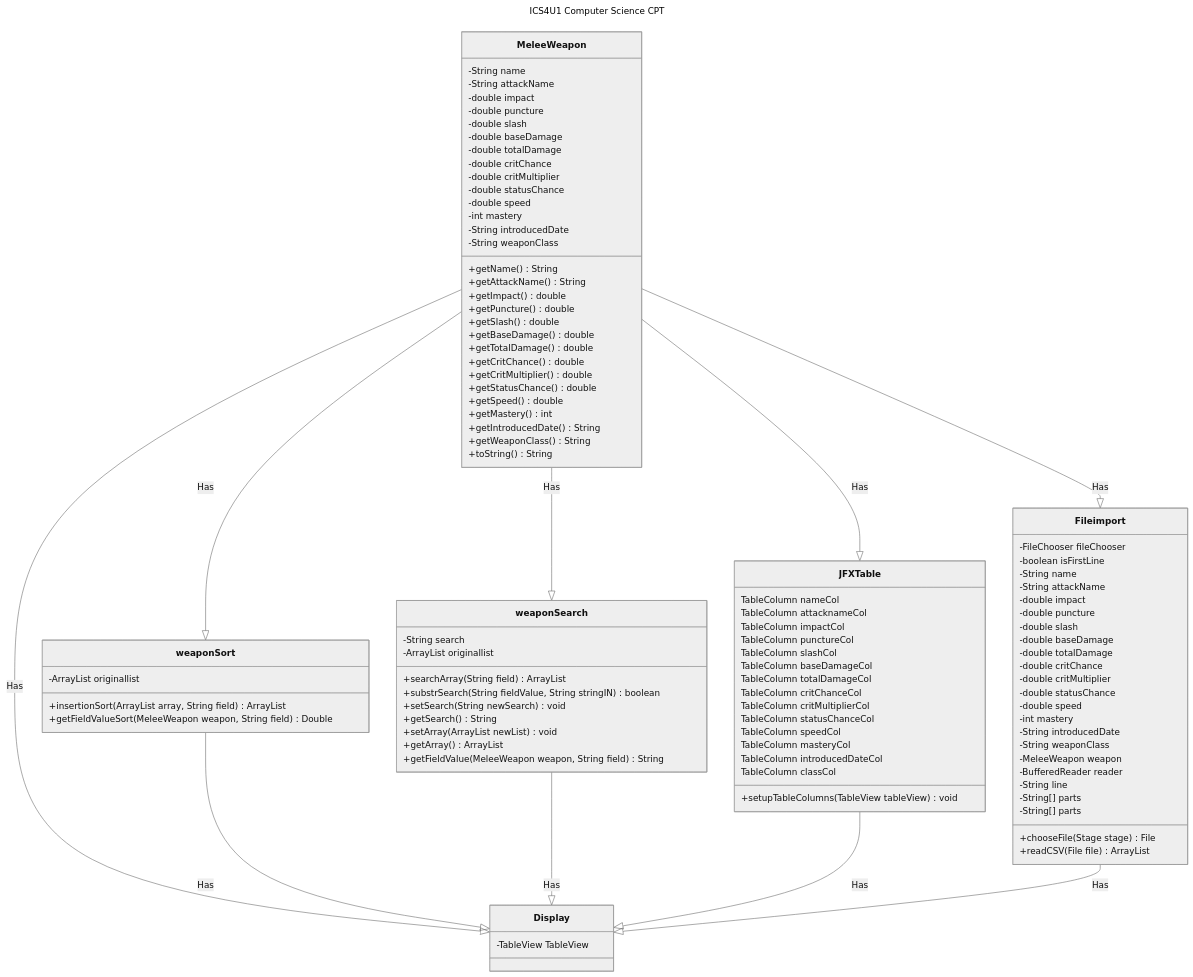
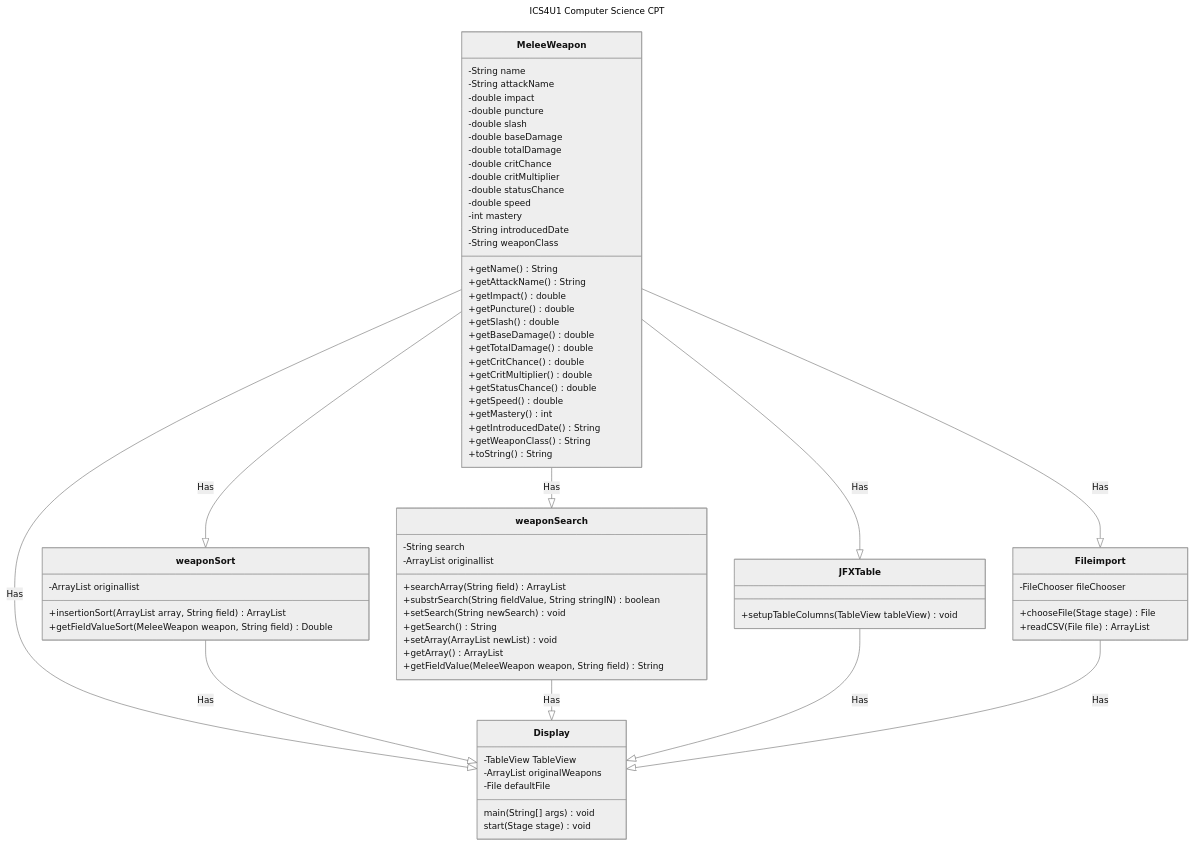
Before and after one commit to Link1400/WarframeJFX: the diagram in ClassDiagram.mmd, drawn with Mermaid (neutral theme). The commit also changed 4 other files, not shown here.

Commit message:
Debug messages disabled, class diagram completed, exported to SVG

```diff
--- a/ClassDiagram.mmd
+++ b/ClassDiagram.mmd
@@ -1,113 +1,82 @@
 ---
 title: ICS4U1 Computer Science CPT
 ---
 classDiagram
 class Display
 Display : -TableView<MeleeWeapon> TableView
+Display : -ArrayList<MeleeWeapon> originalWeapons
+Display : -File defaultFile
+Display : main(String[] args) void
+Display : start(Stage stage) void
 
 class MeleeWeapon
 MeleeWeapon : -String name
 MeleeWeapon : -String attackName
 MeleeWeapon : -double impact
 MeleeWeapon : -double puncture
 MeleeWeapon : -double slash
 MeleeWeapon : -double baseDamage
 MeleeWeapon : -double totalDamage
 MeleeWeapon : -double critChance
 MeleeWeapon : -double critMultiplier
 MeleeWeapon : -double statusChance
 MeleeWeapon : -double speed
 MeleeWeapon : -int mastery
 MeleeWeapon : -String introducedDate
 MeleeWeapon : -String weaponClass
 MeleeWeapon : +getName() String
 MeleeWeapon : +getAttackName() String
 MeleeWeapon : +getImpact() double
 MeleeWeapon : +getPuncture() double
 MeleeWeapon : +getSlash() double
 MeleeWeapon : +getBaseDamage() double
 MeleeWeapon : +getTotalDamage() double
 MeleeWeapon : +getCritChance() double
 MeleeWeapon : +getCritMultiplier() double
 MeleeWeapon : +getStatusChance() double
 MeleeWeapon : +getSpeed() double
 MeleeWeapon : +getMastery() int
 MeleeWeapon : +getIntroducedDate() String
 MeleeWeapon : +getWeaponClass() String
 MeleeWeapon : +toString() String
 
 
 MeleeWeapon --|> Display : Has
 MeleeWeapon --|> weaponSort : Has
 MeleeWeapon --|> weaponSearch: Has
 MeleeWeapon --|> JFXTable : Has
 MeleeWeapon --|> Fileimport : Has
 weaponSort --|> Display : Has
 weaponSearch --|> Display : Has
 JFXTable --|> Display : Has
 Fileimport --|> Display : Has
 
 
 class weaponSort
 weaponSort : -ArrayList<MeleeWeapon> originallist
 weaponSort : +insertionSort(ArrayList<MeleeWeapon> array, String field) ArrayList<MeleeWeapon>
 weaponSort : +getFieldValueSort(MeleeWeapon weapon, String field) Double
  
 
 
 
 class weaponSearch
 weaponSearch : -String search
 weaponSearch : -ArrayList<MeleeWeapon> originallist
 weaponSearch : +searchArray(String field) ArrayList<MeleeWeapon>
 weaponSearch : +substrSearch(String fieldValue, String stringIN) boolean
 weaponSearch : +setSearch(String newSearch) void
 weaponSearch : +getSearch() String
 weaponSearch : +setArray(ArrayList<MeleeWeapon> newList) void
 weaponSearch : +getArray() ArrayList<MeleeWeapon>
 weaponSearch : +getFieldValue(MeleeWeapon weapon, String field) String
 
 
 
 class JFXTable
 JFXTable : +setupTableColumns(TableView<MeleeWeapon> tableView) void
-JFXTable : TableColumn<MeleeWeapon, String> nameCol
-JFXTable : TableColumn<MeleeWeapon, String> attacknameCol
-JFXTable : TableColumn<MeleeWeapon, Double> impactCol
-JFXTable : TableColumn<MeleeWeapon, Double> punctureCol
-JFXTable : TableColumn<MeleeWeapon, Double> slashCol
-JFXTable : TableColumn<MeleeWeapon, Double> baseDamageCol
-JFXTable : TableColumn<MeleeWeapon, Double> totalDamageCol
-JFXTable : TableColumn<MeleeWeapon, Double> critChanceCol
-JFXTable : TableColumn<MeleeWeapon, Double> critMultiplierCol
-JFXTable : TableColumn<MeleeWeapon, Double> statusChanceCol
-JFXTable : TableColumn<MeleeWeapon, Double> speedCol
-JFXTable : TableColumn<MeleeWeapon, Integer> masteryCol
-JFXTable : TableColumn<MeleeWeapon, String> introducedDateCol
-JFXTable : TableColumn<MeleeWeapon, String> classCol
-
 
 class Fileimport
 Fileimport : -FileChooser fileChooser
-Fileimport : -boolean isFirstLine
-Fileimport : -String name
-Fileimport : -String attackName
-Fileimport : -double impact
-Fileimport : -double puncture
-Fileimport : -double slash
-Fileimport : -double baseDamage
-Fileimport : -double totalDamage
-Fileimport : -double critChance
-Fileimport : -double critMultiplier
-Fileimport : -double statusChance
-Fileimport : -double speed
-Fileimport : -int mastery
-Fileimport : -String introducedDate
-Fileimport : -String weaponClass
-Fileimport : -MeleeWeapon weapon
-Fileimport : -BufferedReader reader
-Fileimport : -String line
-Fileimport : -String[] parts
-Fileimport : -String[] parts
 Fileimport : +chooseFile(Stage stage)  File
 Fileimport : +readCSV(File file)  ArrayList<MeleeWeapon>
```
